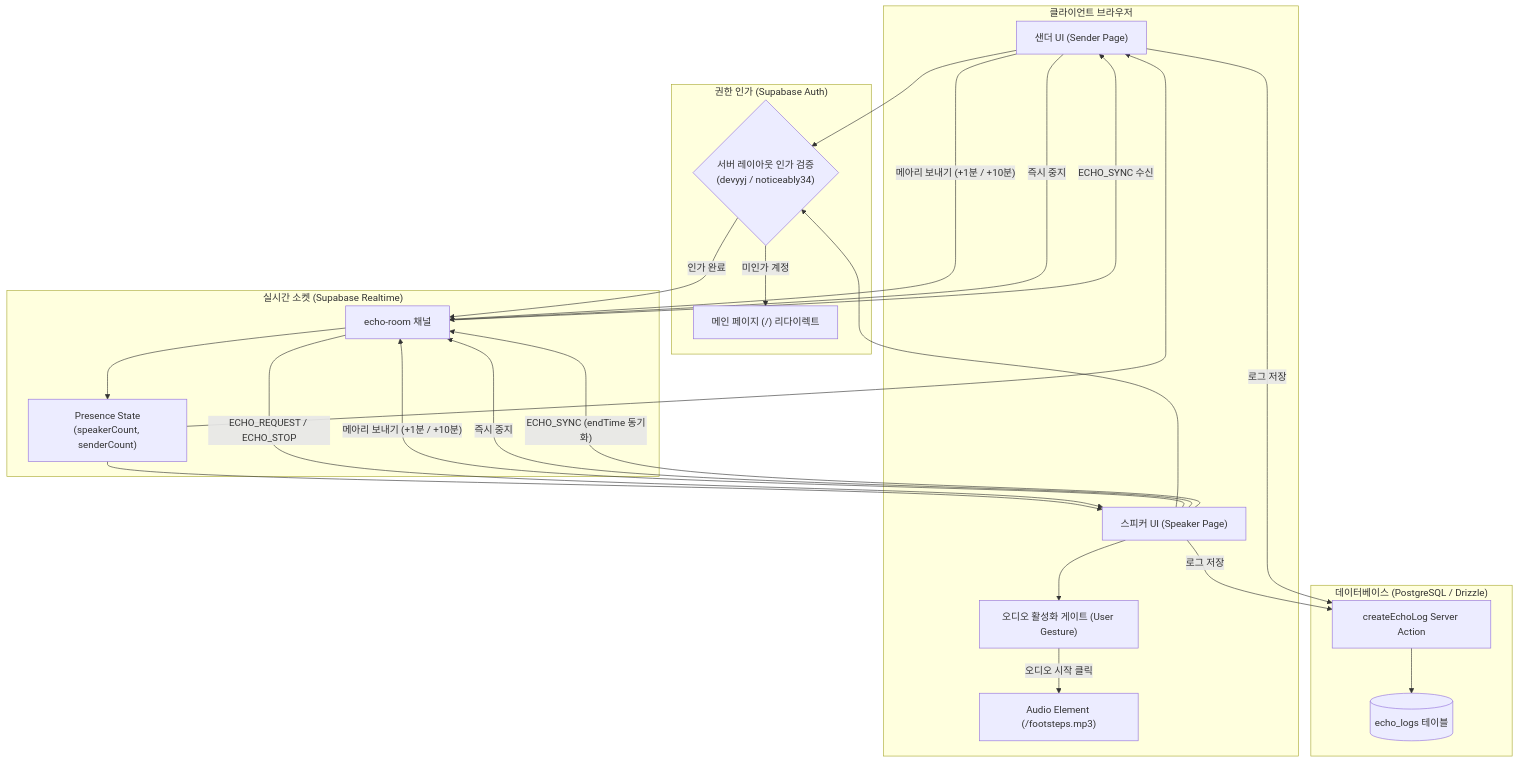
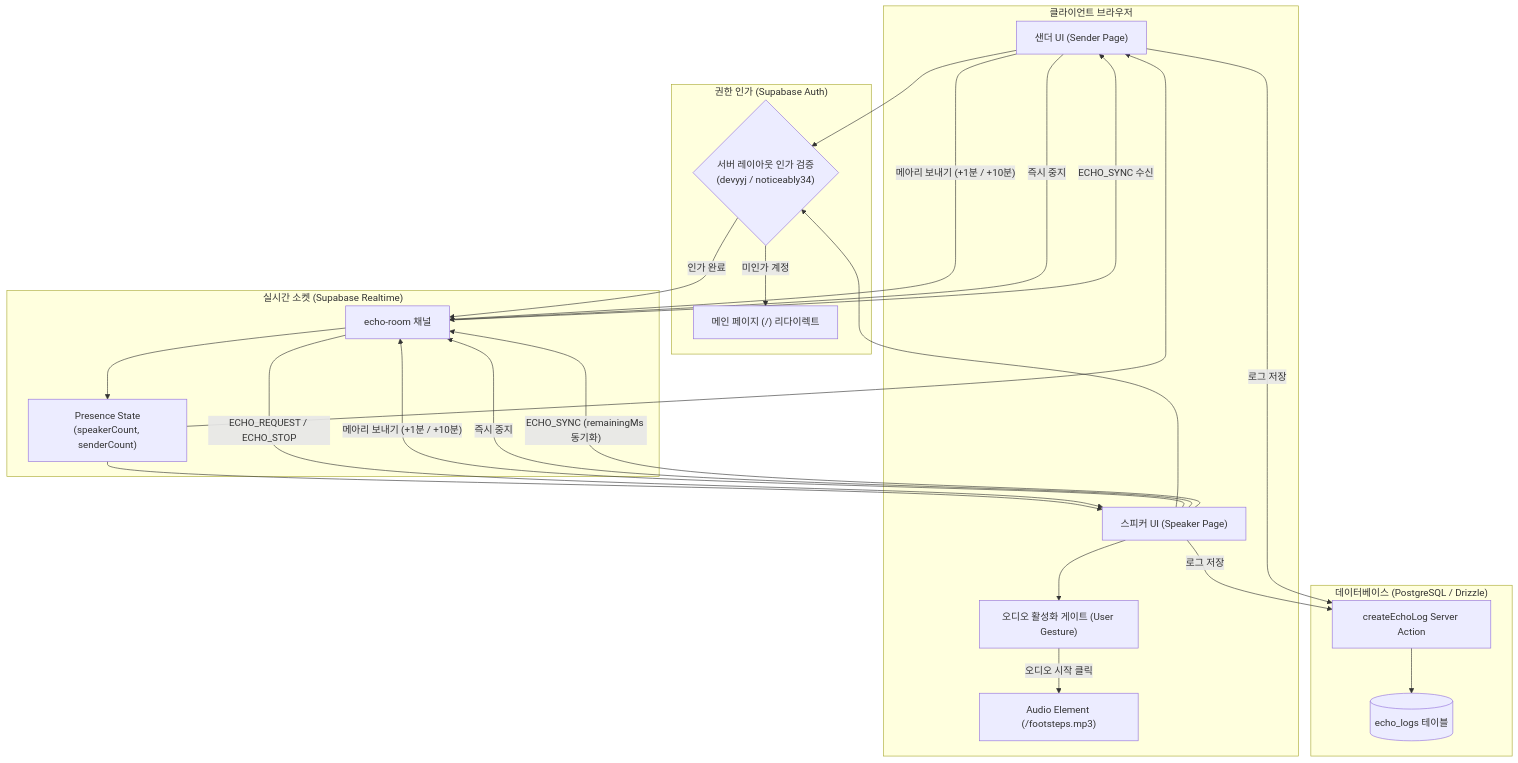
The first of 2 diagrams in docs/02_메아리.md (devyyj/joyopi), drawn with Mermaid before and after one commit. The commit also changed other lines of this file and 16 other files, not shown here.

First line of the commit message:
fix(echo): 메아리 동기화·로그·연결 보완

````diff
--- a/docs/02_메아리.md
+++ b/docs/02_메아리.md
@@ -36,49 +50,49 @@
 ```mermaid
 flowchart TD
     subgraph Client["클라이언트 브라우저"]
         SenderUI["샌더 UI (Sender Page)"]
         SpeakerUI["스피커 UI (Speaker Page)"]
         AudioGate["오디오 활성화 게이트 (User Gesture)"]
         AudioPlayer["Audio Element (/footsteps.mp3)"]
     end
 
     subgraph Auth["권한 인가 (Supabase Auth)"]
         AuthCheck{"서버 레이아웃 인가 검증\n(devyyj / noticeably34)"}
         RedirectHome["메인 페이지 (/) 리다이렉트"]
     end
 
     subgraph Socket["실시간 소켓 (Supabase Realtime)"]
         EchoRoom["echo-room 채널"]
         Presence["Presence State\n(speakerCount, senderCount)"]
     end
 
     subgraph Database["데이터베이스 (PostgreSQL / Drizzle)"]
         ServerAction["createEchoLog Server Action"]
         EchoLogsDB[("echo_logs 테이블")]
     end
 
     SenderUI --> AuthCheck
     SpeakerUI --> AuthCheck
     AuthCheck -- "미인가 계정" --> RedirectHome
     AuthCheck -- "인가 완료" --> EchoRoom
 
     EchoRoom --> Presence
     Presence --> SenderUI
     Presence --> SpeakerUI
 
     SpeakerUI --> AudioGate
     AudioGate -- "오디오 시작 클릭" --> AudioPlayer
 
     SenderUI -- "메아리 보내기 (+1분 / +10분)" --> EchoRoom
     SpeakerUI -- "메아리 보내기 (+1분 / +10분)" --> EchoRoom
     SenderUI -- "즉시 중지" --> EchoRoom
     SpeakerUI -- "즉시 중지" --> EchoRoom
 
     EchoRoom -- "ECHO_REQUEST / ECHO_STOP" --> SpeakerUI
-    SpeakerUI -- "ECHO_SYNC (endTime 동기화)" --> EchoRoom
+    SpeakerUI -- "ECHO_SYNC (remainingMs 동기화)" --> EchoRoom
     EchoRoom -- "ECHO_SYNC 수신" --> SenderUI
 
     SpeakerUI -- "로그 저장" --> ServerAction
     SenderUI -- "로그 저장" --> ServerAction
     ServerAction --> EchoLogsDB
 ```
````
